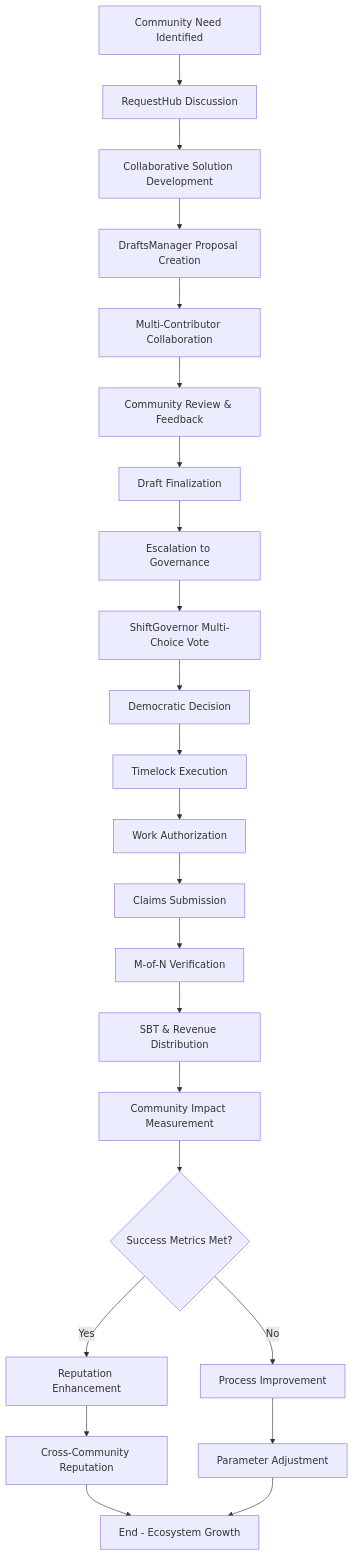
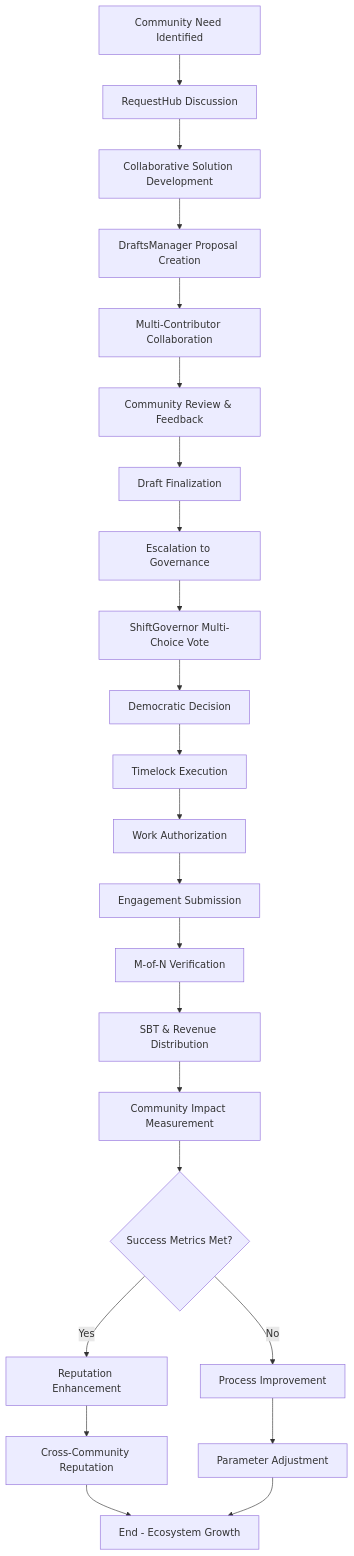
Before and after one commit to Nevtep/shift-desoc: the second of 5 diagrams in docs/EN/Architecture.md, drawn with Mermaid. The commit also changed other lines of this file and 13 other files, not shown here.

````diff
--- a/docs/EN/Architecture.md
+++ b/docs/EN/Architecture.md
@@ -1114,30 +1114,30 @@
 ```mermaid
 graph TD
     A[Community Need Identified] --> B[RequestHub Discussion]
     B --> C[Collaborative Solution Development]
     C --> D[DraftsManager Proposal Creation]
 
     D --> E[Multi-Contributor Collaboration]
     E --> F[Community Review & Feedback]
     F --> G[Draft Finalization]
     G --> H[Escalation to Governance]
 
     H --> I[ShiftGovernor Multi-Choice Vote]
     I --> J[Democratic Decision]
     J --> K[Timelock Execution]
     K --> L[Work Authorization]
 
-    L --> M[Claims Submission]
+    L --> M[Engagement Submission]
     M --> N[M-of-N Verification]
     N --> O[SBT & Revenue Distribution]
     O --> P[Community Impact Measurement]
 
     P --> Q{Success Metrics Met?}
     Q -->|Yes| R[Reputation Enhancement]
     Q -->|No| S[Process Improvement]
 
     R --> T[Cross-Community Reputation]
     S --> U[Parameter Adjustment]
     T --> V[End - Ecosystem Growth]
     U --> V
 ```
````
